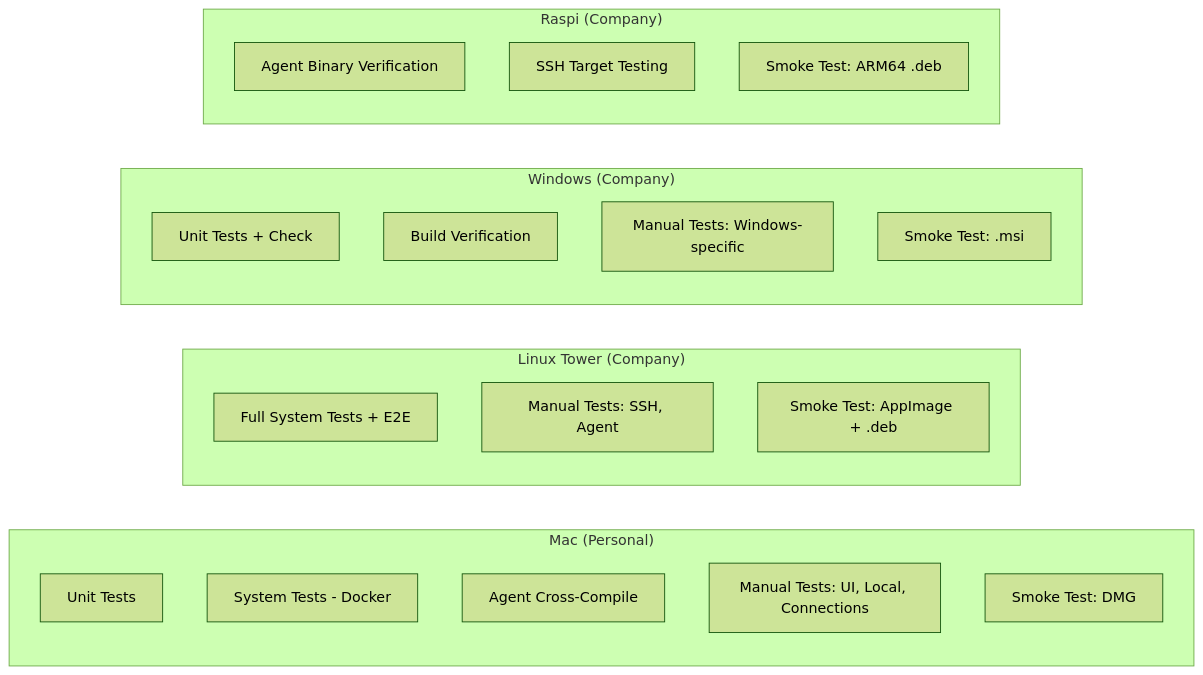
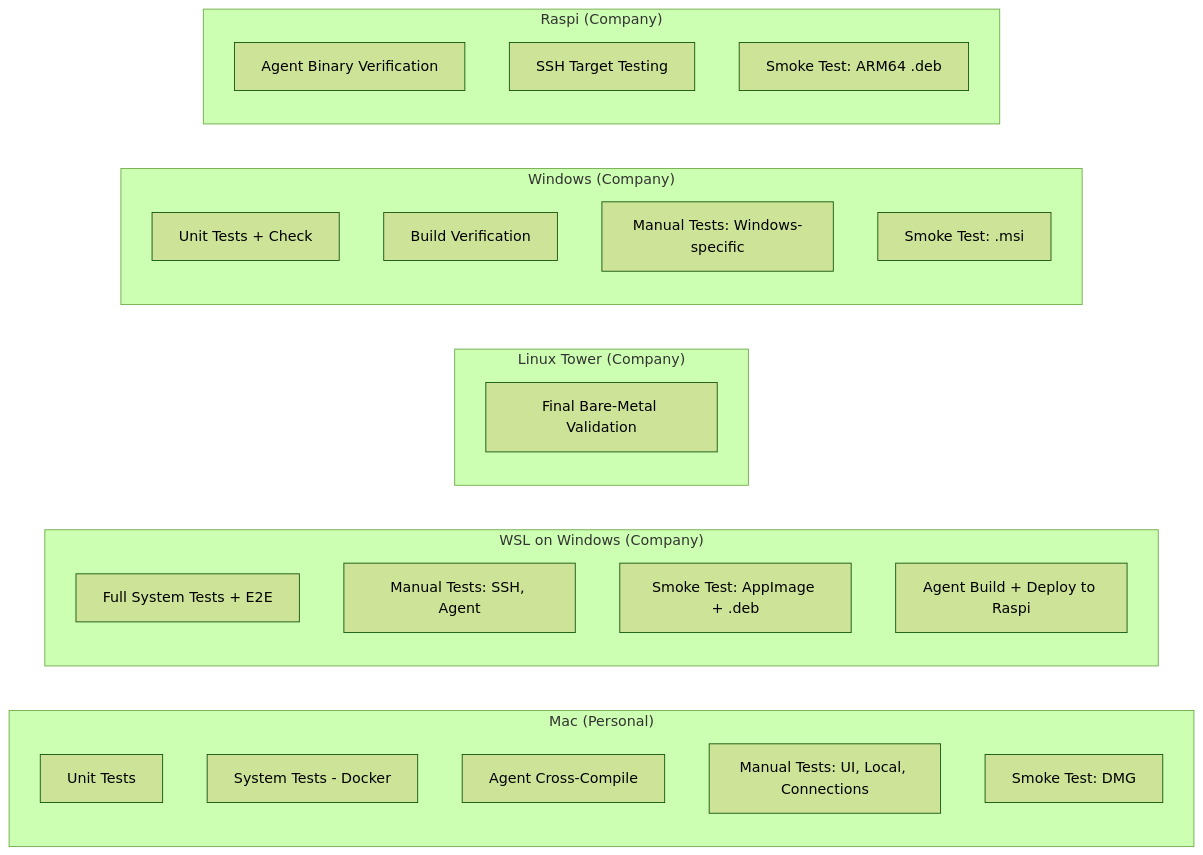
Before and after one commit to armaxri/termiHub: the second of 2 diagrams in docs/release-plan-0.1.0.md, drawn with Mermaid (forest theme). The commit also changed other lines of this file, not shown here.

First line of the commit message:
docs(release): shift Linux testing from tower to WSL

````diff
--- a/docs/release-plan-0.1.0.md
+++ b/docs/release-plan-0.1.0.md
@@ -749,29 +783,34 @@
 ```mermaid
 graph LR
     subgraph "Mac (Personal)"
         M1[Unit Tests]
         M2[System Tests - Docker]
         M3[Agent Cross-Compile]
         M4[Manual Tests: UI, Local, Connections]
         M5[Smoke Test: DMG]
     end
 
+    subgraph "WSL on Windows (Company)"
+        WL1[Full System Tests + E2E]
+        WL2[Manual Tests: SSH, Agent]
+        WL3[Smoke Test: AppImage + .deb]
+        WL4[Agent Build + Deploy to Raspi]
+    end
+
     subgraph "Linux Tower (Company)"
-        L1[Full System Tests + E2E]
-        L2[Manual Tests: SSH, Agent]
-        L3[Smoke Test: AppImage + .deb]
+        L1[Final Bare-Metal Validation]
     end
 
     subgraph "Windows (Company)"
         W1[Unit Tests + Check]
         W2[Build Verification]
         W3[Manual Tests: Windows-specific]
         W4[Smoke Test: .msi]
     end
 
     subgraph "Raspi (Company)"
         R1[Agent Binary Verification]
         R2[SSH Target Testing]
         R3[Smoke Test: ARM64 .deb]
     end
 ```
````
